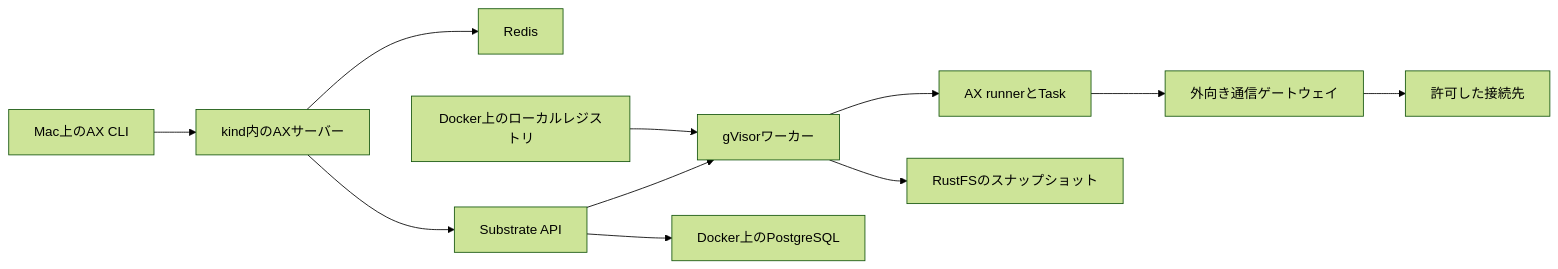
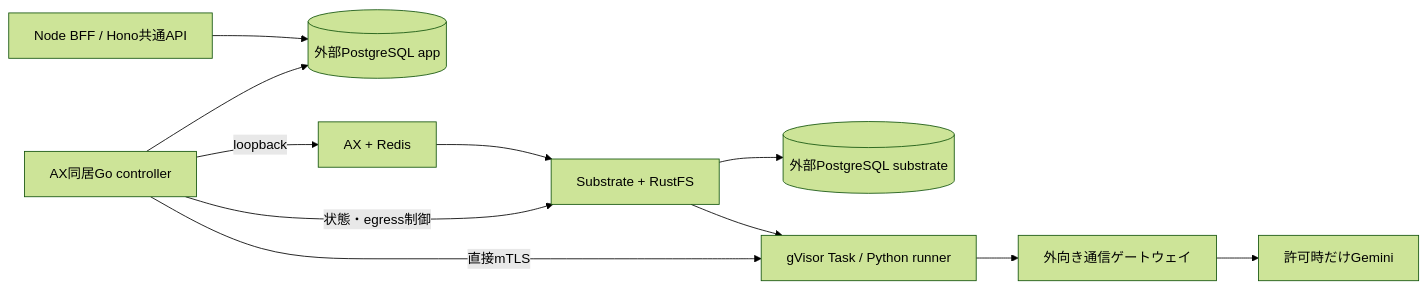
The diagram in ax-local/README.md (sori883/agent-workspace), drawn with Mermaid (forest theme) before and after one commit. The commit also changed other lines of this file and 92 other files, not shown here.

Commit message:
Move common API state to PostgreSQL and isolate AX execution

````diff
--- a/ax-local/README.md
+++ b/ax-local/README.md
@@ -19,13 +11,13 @@
 ```mermaid
 flowchart LR
-    CLI[Mac上のAX CLI] --> AX[kind内のAXサーバー]
-    AX --> Redis[Redis]
-    AX --> API[Substrate API]
-    API --> Worker[gVisorワーカー]
-    Worker --> Task[AX runnerとTask]
-    API --> PG[Docker上のPostgreSQL]
-    Worker --> Store[RustFSのスナップショット]
+    Web[Node BFF / Hono共通API] --> App[(外部PostgreSQL app)]
+    Controller[AX同居Go controller] --> App
+    Controller -->|loopback| AX[AX + Redis]
+    AX --> Substrate[Substrate + RustFS]
+    Substrate --> PG[(外部PostgreSQL substrate)]
+    Substrate --> Task[gVisor Task / Python runner]
+    Controller -->|直接mTLS| Task
+    Controller -->|状態・egress制御| Substrate
     Task --> Gateway[外向き通信ゲートウェイ]
-    Gateway --> Allowed[許可した接続先]
-    Registry[Docker上のローカルレジストリ] --> Worker
+    Gateway --> Model[許可時だけGemini]
 ```
````
